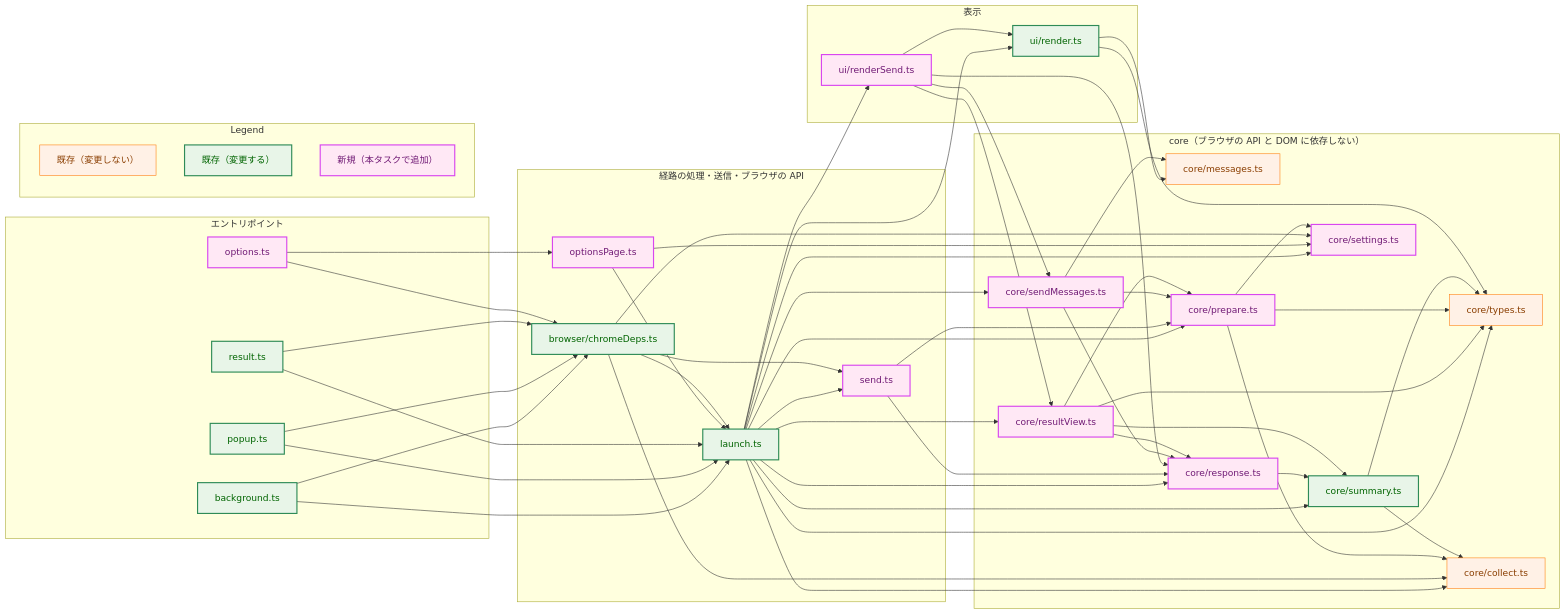
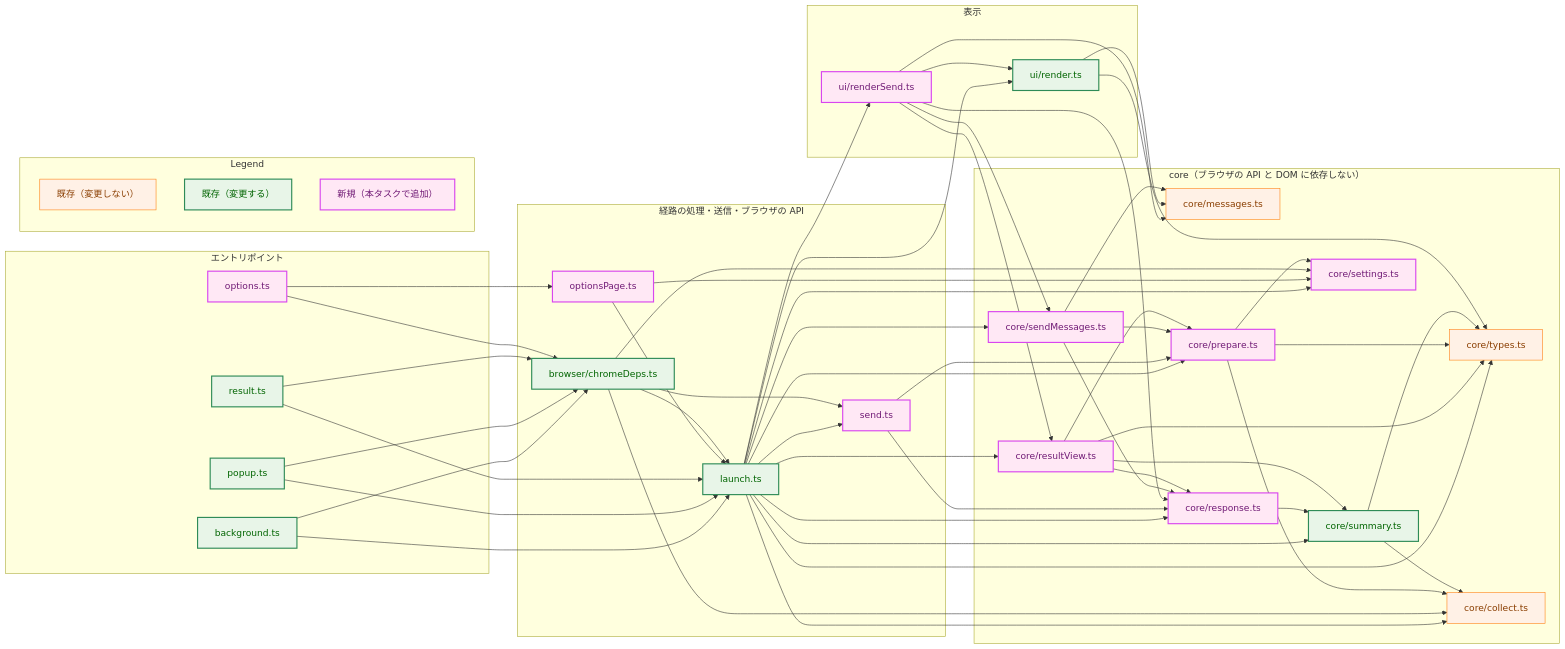
Before and after one commit to isseis/yt2column: the second of 9 diagrams in docs/tasks/0020_extension_send/02_architecture.md, drawn with Mermaid. The commit also changed other lines of this file and 2 other files, not shown here.

```diff
--- a/docs/tasks/0020_extension_send/02_architecture.md
+++ b/docs/tasks/0020_extension_send/02_architecture.md
@@ -232,6 +232,7 @@
     RS --> SM
     RS --> RV
     RS --> RP
+    RS --> ME
     RD --> ME
     SM --> ME
     SM --> PR
```
